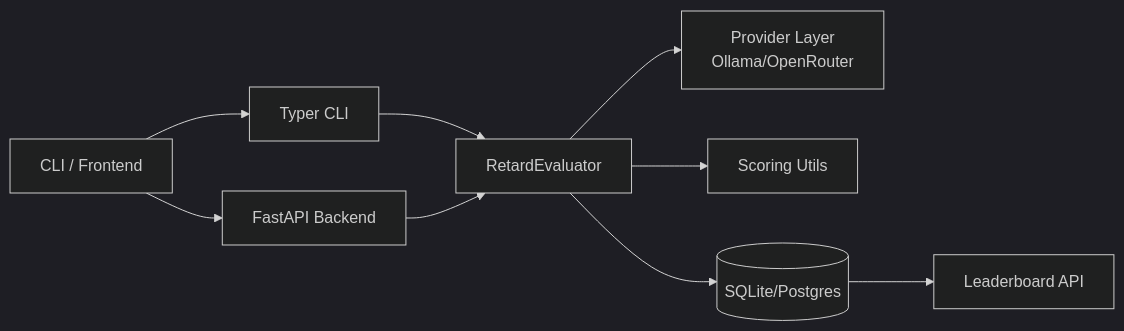
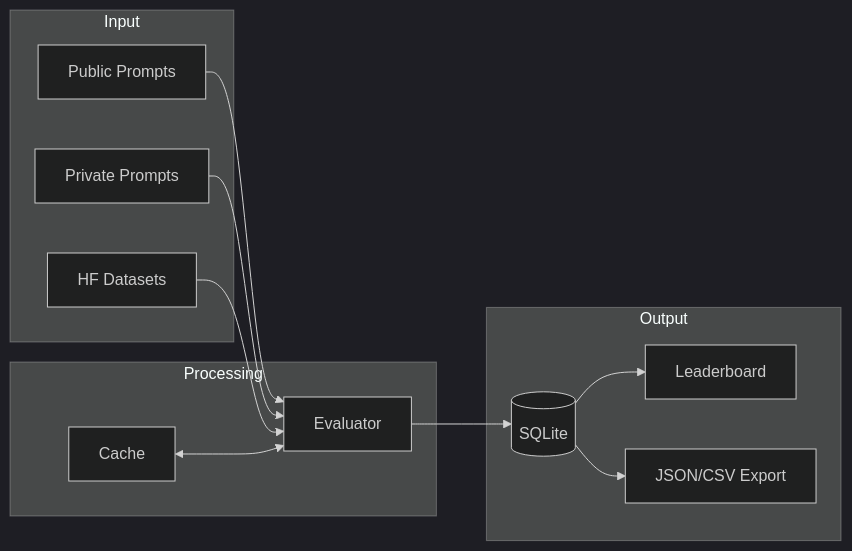
One commit to codex-clone/RetardBench changed the third of 3 diagrams in docs/ARCHITECTURE.md. Above: the diagram before and after it, drawn with Mermaid (dark theme). The commit also changed other lines of this file and 16 other files, not shown here.

First line of the commit message:
feat(api): enhance backend with async eval, error handling, auth, and logging

````diff
--- a/docs/ARCHITECTURE.md
+++ b/docs/ARCHITECTURE.md
@@ -3,11 +136,27 @@
 ```mermaid
 flowchart LR
-  U[CLI / Frontend] --> API[FastAPI Backend]
-  U --> CLI[Typer CLI]
-  CLI --> E[RetardEvaluator]
-  API --> E
-  E --> P[Provider Layer\nOllama/OpenRouter]
-  E --> S[Scoring Utils]
-  E --> DB[(SQLite/Postgres)]
-  DB --> L[Leaderboard API]
+    subgraph Input
+        P1[Public Prompts]
+        P2[Private Prompts]
+        P3[HF Datasets]
+    end
+    
+    subgraph Processing
+        E[Evaluator]
+        C[Cache]
+    end
+    
+    subgraph Output
+        DB[(SQLite)]
+        L[Leaderboard]
+        X[JSON/CSV Export]
+    end
+    
+    P1 --> E
+    P2 --> E
+    P3 --> E
+    C <--> E
+    E --> DB
+    DB --> L
+    DB --> X
 ```
````
